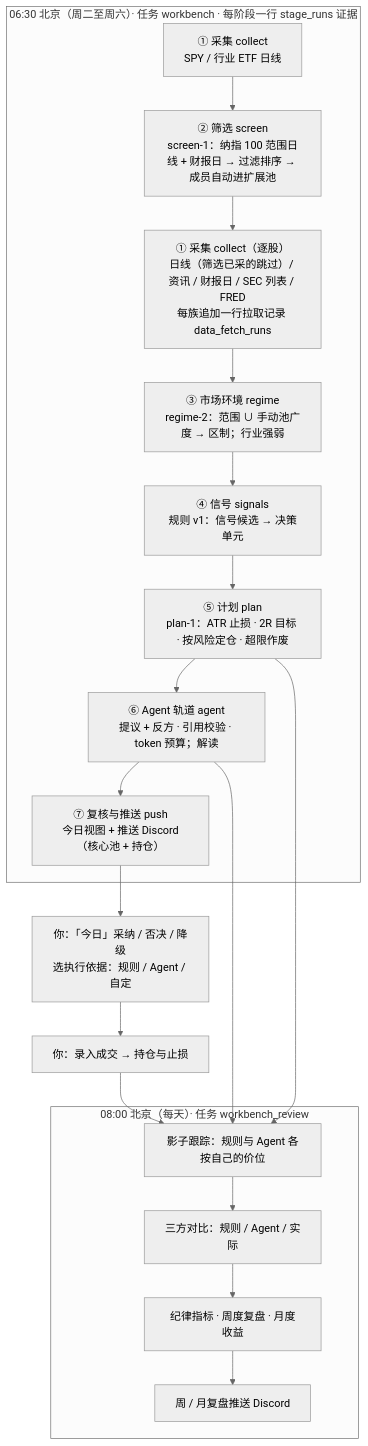
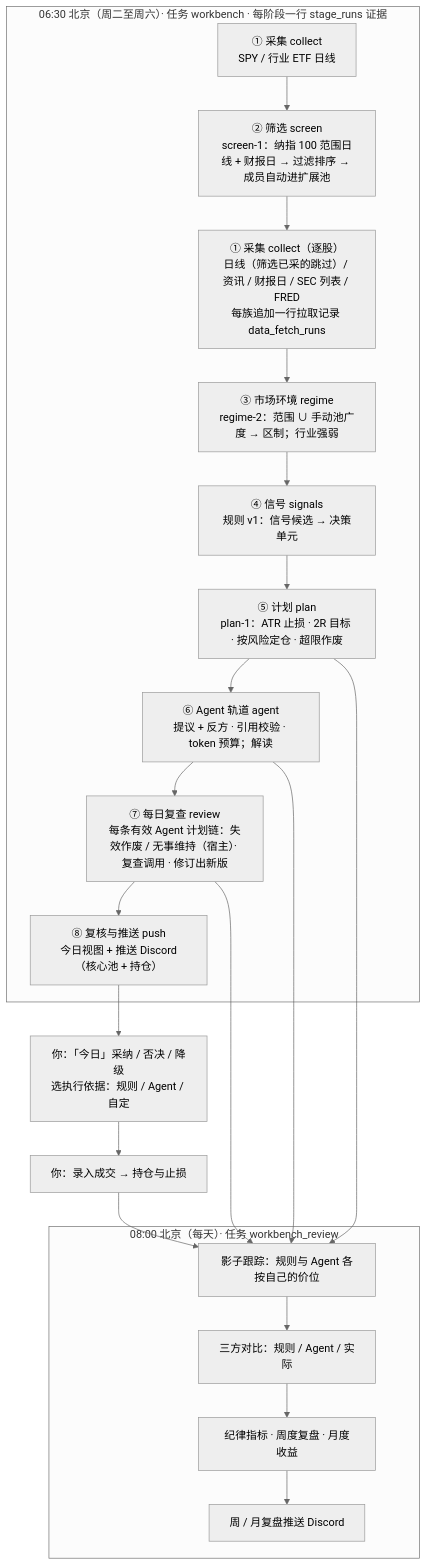
The diagram in docs/architecture.md (jianjustin/investment-assistant), drawn with Mermaid (neutral theme) before and after one commit. The commit also changed other lines of this file and 13 other files, not shown here.

Commit message:
feat: add the daily review stage (stages-2): maintain, revise or invalidate each active agent plan

````diff
--- a/docs/architecture.md
+++ b/docs/architecture.md
@@ -92,22 +96,24 @@
 ```mermaid
 flowchart TD
     subgraph batch["06:30 北京（周二至周六）· 任务 workbench · 每阶段一行 stage_runs 证据"]
         A["① 采集 collect<br/>SPY / 行业 ETF 日线"] --> A2["② 筛选 screen<br/>screen-1：纳指 100 范围日线 + 财报日 → 过滤排序 → 成员自动进扩展池"]
         A2 --> B["① 采集 collect（逐股）<br/>日线（筛选已采的跳过）/ 资讯 / 财报日 / SEC 列表 / FRED<br/>每族追加一行拉取记录 data_fetch_runs"]
         B --> B2["③ 市场环境 regime<br/>regime-2：范围 ∪ 手动池广度 → 区制；行业强弱"]
         B2 --> C["④ 信号 signals<br/>规则 v1：信号候选 → 决策单元"]
         C --> D["⑤ 计划 plan<br/>plan-1：ATR 止损 · 2R 目标 · 按风险定仓 · 超限作废"]
         D --> E["⑥ Agent 轨道 agent<br/>提议 + 反方 · 引用校验 · token 预算；解读"]
-        E --> F["⑦ 复核与推送 push<br/>今日视图 + 推送 Discord（核心池 + 持仓）"]
+        E --> R["⑦ 每日复查 review<br/>每条有效 Agent 计划链：失效作废 / 无事维持（宿主）· 复查调用 · 修订出新版"]
+        R --> F["⑧ 复核与推送 push<br/>今日视图 + 推送 Discord（核心池 + 持仓）"]
     end
     F --> G["你：「今日」采纳 / 否决 / 降级<br/>选执行依据：规则 / Agent / 自定"]
     G --> H["你：录入成交 → 持仓与止损"]
     subgraph review["08:00 北京（每天）· 任务 workbench_review"]
         I["影子跟踪：规则与 Agent 各按自己的价位"] --> J["三方对比：规则 / Agent / 实际"]
         J --> K["纪律指标 · 周度复盘 · 月度收益"]
         K --> L["周 / 月复盘推送 Discord"]
     end
     H --> I
     D --> I
     E --> I
+    R --> I
 ```
````
